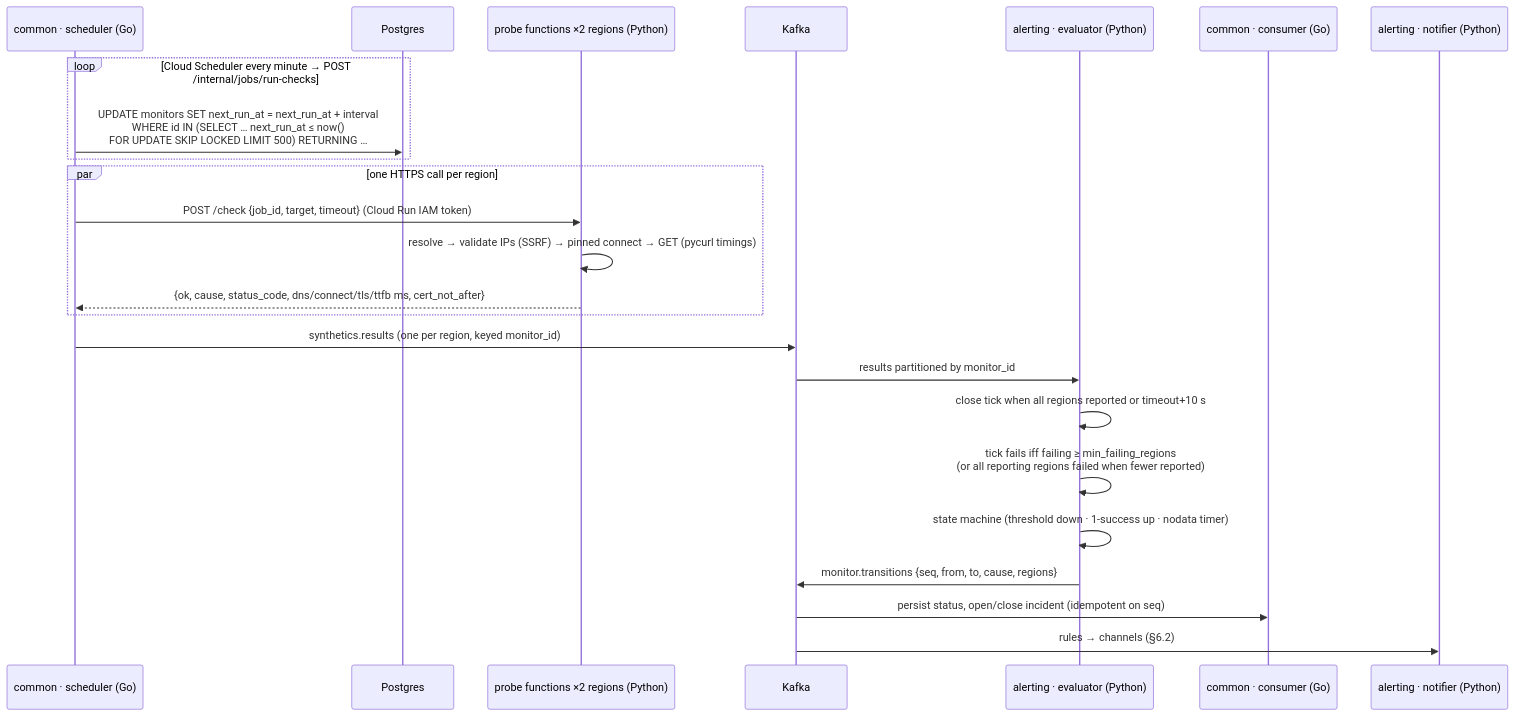
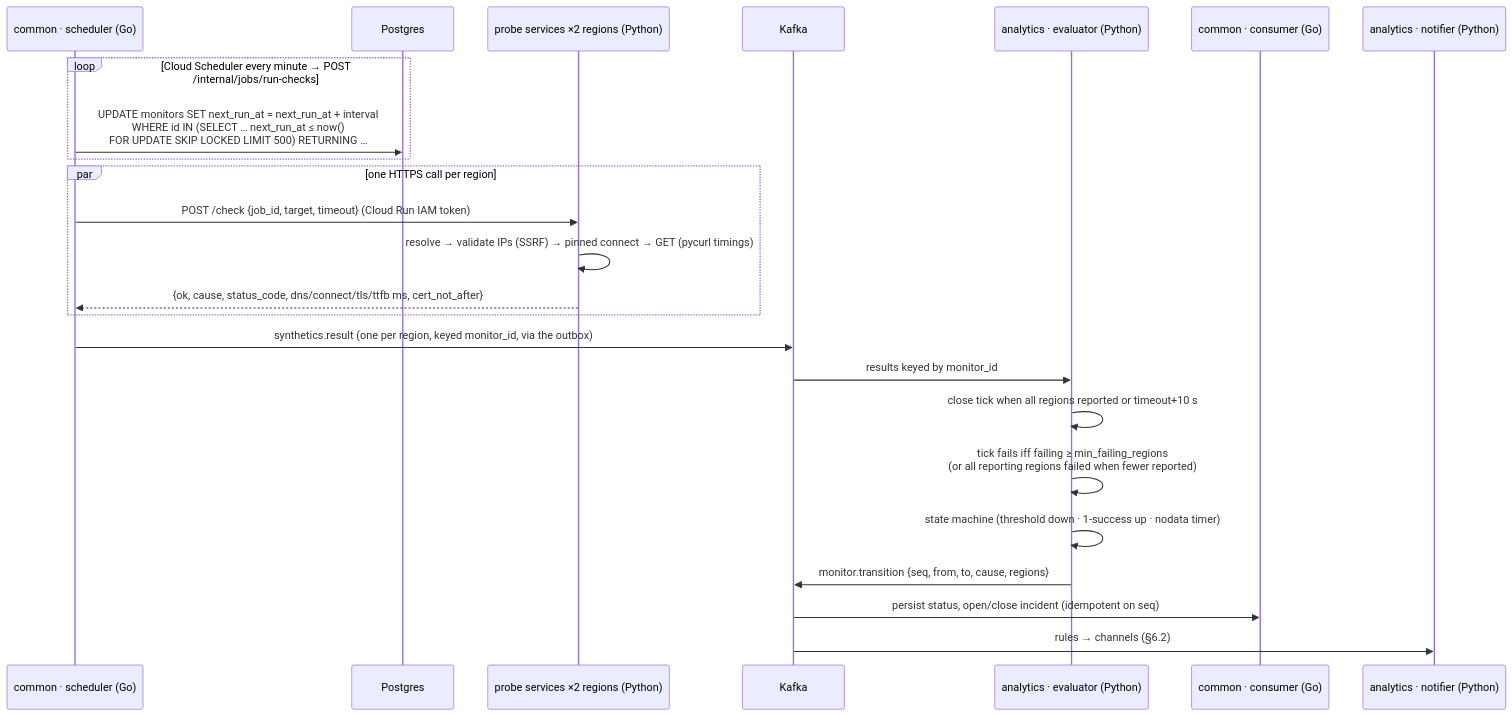
Before and after one commit to cuesoftinc/upstat: the third of 4 diagrams in docs/system-design.md, drawn with Mermaid. The commit also changed other lines of this file and 295 other files, not shown here.

````diff
--- a/docs/system-design.md
+++ b/docs/system-design.md
@@ -382,27 +352,27 @@
 ```mermaid
 sequenceDiagram
     participant S as common · scheduler (Go)
     participant PG as Postgres
-    participant P as probe functions ×2 regions (Python)
+    participant P as probe services ×2 regions (Python)
     participant K as Kafka
-    participant E as alerting · evaluator (Python)
+    participant E as analytics · evaluator (Python)
     participant C as common · consumer (Go)
-    participant N as alerting · notifier (Python)
+    participant N as analytics · notifier (Python)
 
     loop Cloud Scheduler every minute → POST /internal/jobs/run-checks
         S->>PG: UPDATE monitors SET next_run_at = next_run_at + interval<br/>WHERE id IN (SELECT … next_run_at ≤ now()<br/>FOR UPDATE SKIP LOCKED LIMIT 500) RETURNING …
     end
     par one HTTPS call per region
         S->>P: POST /check {job_id, target, timeout} (Cloud Run IAM token)
         P->>P: resolve → validate IPs (SSRF) → pinned connect → GET (pycurl timings)
         P-->>S: {ok, cause, status_code, dns/connect/tls/ttfb ms, cert_not_after}
     end
-    S->>K: synthetics.results (one per region, keyed monitor_id)
-    K->>E: results partitioned by monitor_id
+    S->>K: synthetics.result (one per region, keyed monitor_id, via the outbox)
+    K->>E: results keyed by monitor_id
     E->>E: close tick when all regions reported or timeout+10 s
     E->>E: tick fails iff failing ≥ min_failing_regions<br/>(or all reporting regions failed when fewer reported)
     E->>E: state machine (threshold down · 1-success up · nodata timer)
-    E->>K: monitor.transitions {seq, from, to, cause, regions}
+    E->>K: monitor.transition {seq, from, to, cause, regions}
     K->>C: persist status, open/close incident (idempotent on seq)
     K->>N: rules → channels (§6.2)
 ```
````
